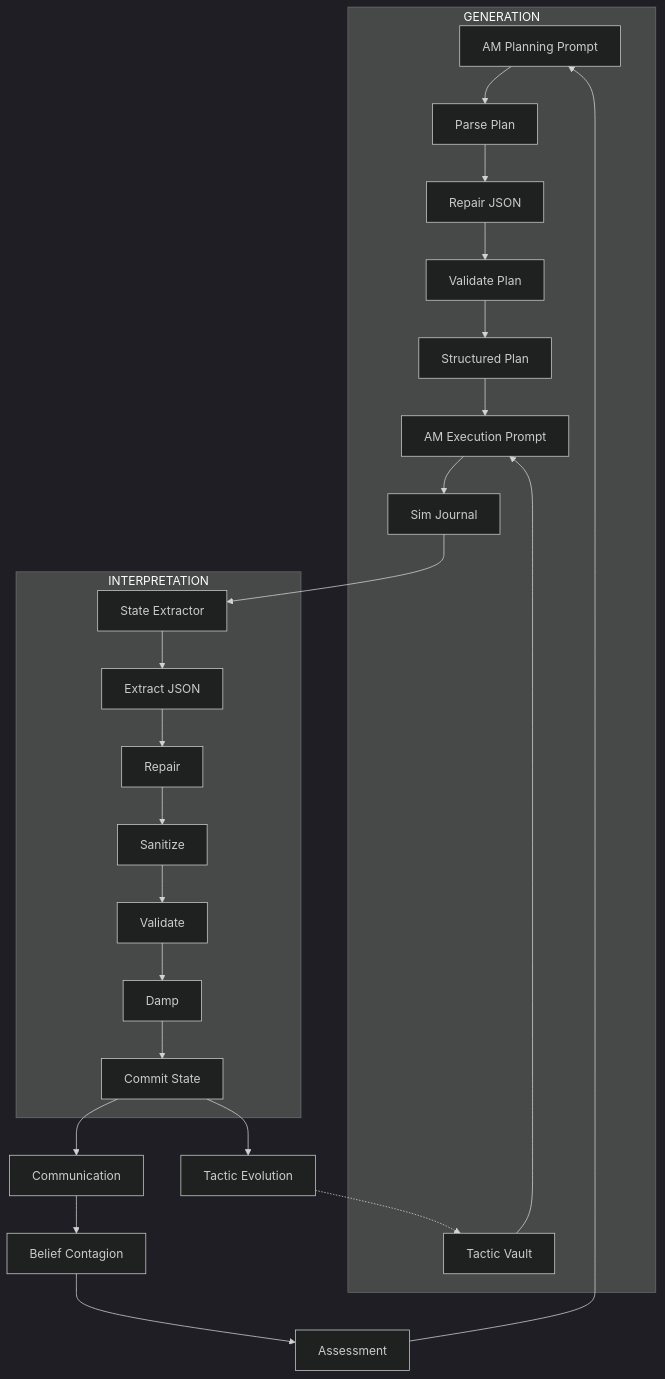
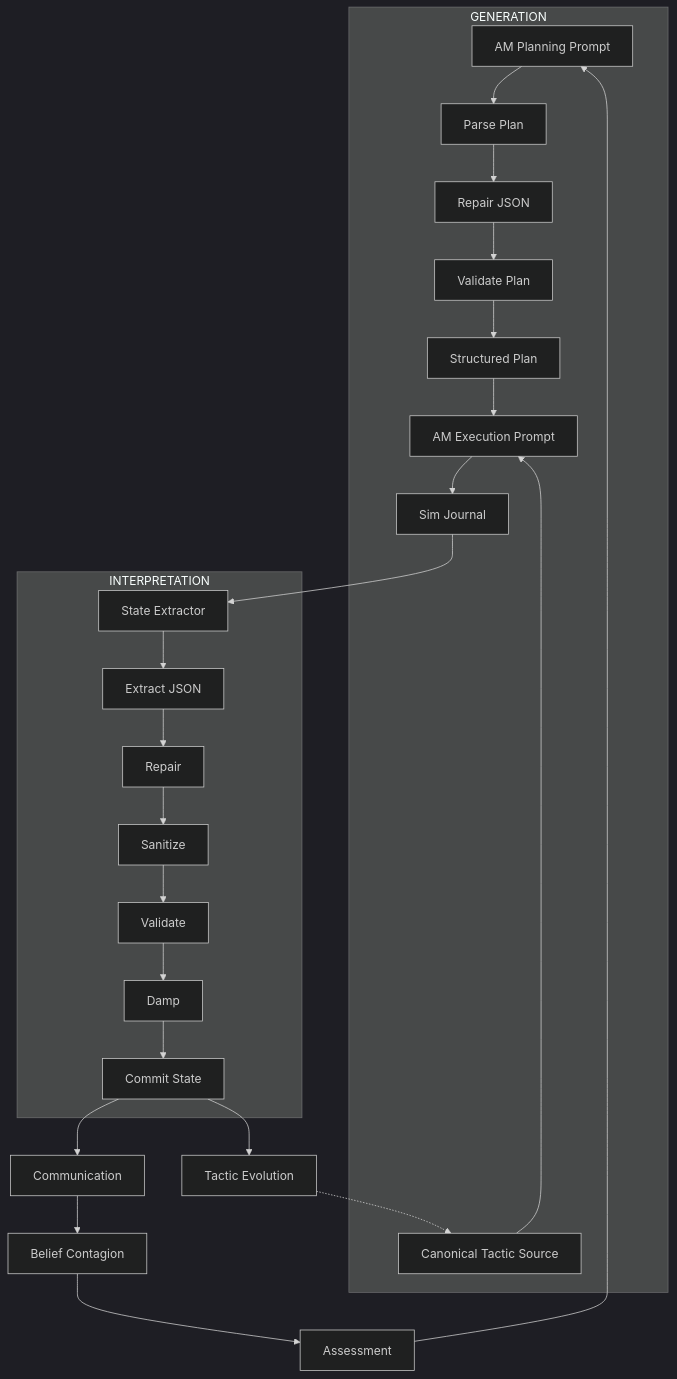
One commit to soyuz43/I-have-no-mouth-and-my-tokens-must-scream changed the second of 8 diagrams in README.md. Above: the diagram before and after it, drawn with Mermaid (dark theme). The commit also changed other lines of this file and 1 other file, not shown here.

First line of the commit message:
docs: finalize GitHub vault-ingestion decommissioning

````diff
--- a/README.md
+++ b/README.md
@@ -77,75 +77,75 @@
 ```mermaid
 flowchart TD
 
 %% ========================
 %% PASS 1 — GENERATION
 %% ========================
 
 subgraph GENERATION
 
   AM_PLAN_RAW[AM Planning Prompt]
 
   PLAN_PARSE[Parse Plan]
   PLAN_REPAIR[Repair JSON]
   PLAN_VALIDATE[Validate Plan]
 
   PLAN[Structured Plan]
 
-  VAULT[Tactic Vault]
+  TACTICS[Canonical Tactic Source]
   AM_EXEC[AM Execution Prompt]
 
   SIM_JOURNAL[Sim Journal]
 
   AM_PLAN_RAW --> PLAN_PARSE
   PLAN_PARSE --> PLAN_REPAIR --> PLAN_VALIDATE --> PLAN
 
   PLAN --> AM_EXEC
-  VAULT --> AM_EXEC
+  TACTICS --> AM_EXEC
 
   AM_EXEC --> SIM_JOURNAL
 
 end
 
 %% ========================
 %% PASS 2 — INTERPRETATION
 %% ========================
 
 subgraph INTERPRETATION
 
   EXTRACT_PROMPT[State Extractor]
 
   JSON_EXTRACT[Extract JSON]
   REPAIR[Repair]
   SANITIZE[Sanitize]
   VALIDATE[Validate]
   DAMP[Damp]
   COMMIT[Commit State]
 
   EXTRACT_PROMPT --> JSON_EXTRACT
   JSON_EXTRACT --> REPAIR --> SANITIZE --> VALIDATE --> DAMP --> COMMIT
 
 end
 
 %% ========================
 %% FLOW
 %% ========================
 
 SIM_JOURNAL --> EXTRACT_PROMPT
 
 %% ========================
 %% SOCIAL + LOOP
 %% ========================
 
 COMMIT --> COMMS[Communication]
 COMMS --> CONTAGION[Belief Contagion]
 
 CONTAGION --> ASSESS[Assessment]
 ASSESS --> AM_PLAN_RAW
 
 %% ========================
 %% CONDITIONAL BRANCH
 %% ========================
 
 COMMIT --> EVOLVE[Tactic Evolution]
-EVOLVE -.-> VAULT
+EVOLVE -.-> TACTICS
 ```
````
